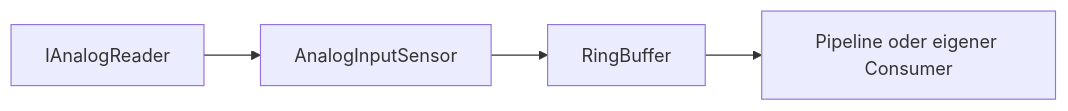
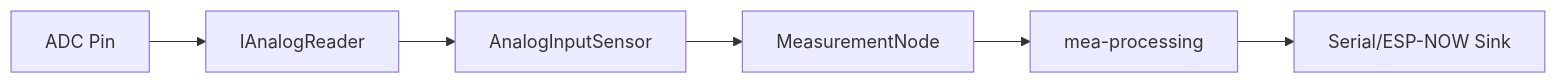
The diagram in repositories/mea-device-analog-input/README.md (MROutake/MEA-), drawn with Mermaid before and after one commit. The commit also changed other lines of this file and 86 other files, not shown here.

Commit message:
docs: align workspace with modular target architecture

````diff
--- a/repositories/mea-device-analog-input/README.md
+++ b/repositories/mea-device-analog-input/README.md
@@ -16,9 +12,11 @@
 ```mermaid
 flowchart LR
-    HAL[IAnalogReader]
+    ADC[ADC Pin]
+    Reader[IAnalogReader]
     Sensor[AnalogInputSensor]
-    Queue[RingBuffer<Measurement, 4>]
-    Pipeline[Pipeline oder eigener Consumer]
+    Runtime[MeasurementNode]
+    Processing[mea-processing]
+    Sink[Serial/ESP-NOW Sink]
 
-    HAL --> Sensor --> Queue --> Pipeline
+    ADC --> Reader --> Sensor --> Runtime --> Processing --> Sink
 ```
````
